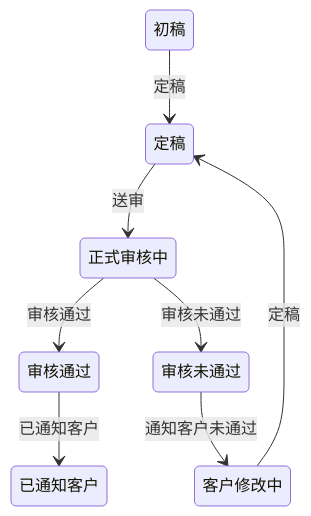
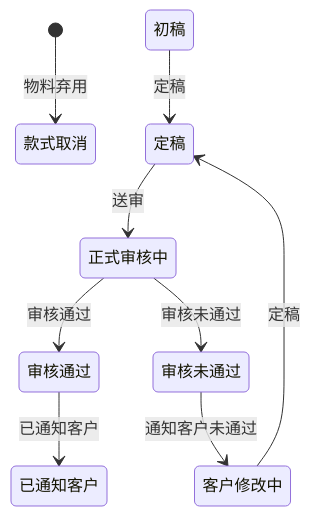
Before and after one commit to FIPOCHINA/fipo-fsm: the diagram in docs/MarketingMaterial_display.mermaid, drawn with Mermaid. The commit also changed 23 other files, not shown here.

```diff
--- a/docs/MarketingMaterial_display.mermaid
+++ b/docs/MarketingMaterial_display.mermaid
@@ -1,8 +1,9 @@
 stateDiagram-v2
+[*] --> 款式取消 : 物料弃用
 初稿 --> 定稿 : 定稿
 定稿 --> 正式审核中 : 送审
 正式审核中 --> 审核通过 : 审核通过
 正式审核中 --> 审核未通过 : 审核未通过
 审核通过 --> 已通知客户 : 已通知客户
 审核未通过 --> 客户修改中 : 通知客户未通过
 客户修改中 --> 定稿 : 定稿
```
